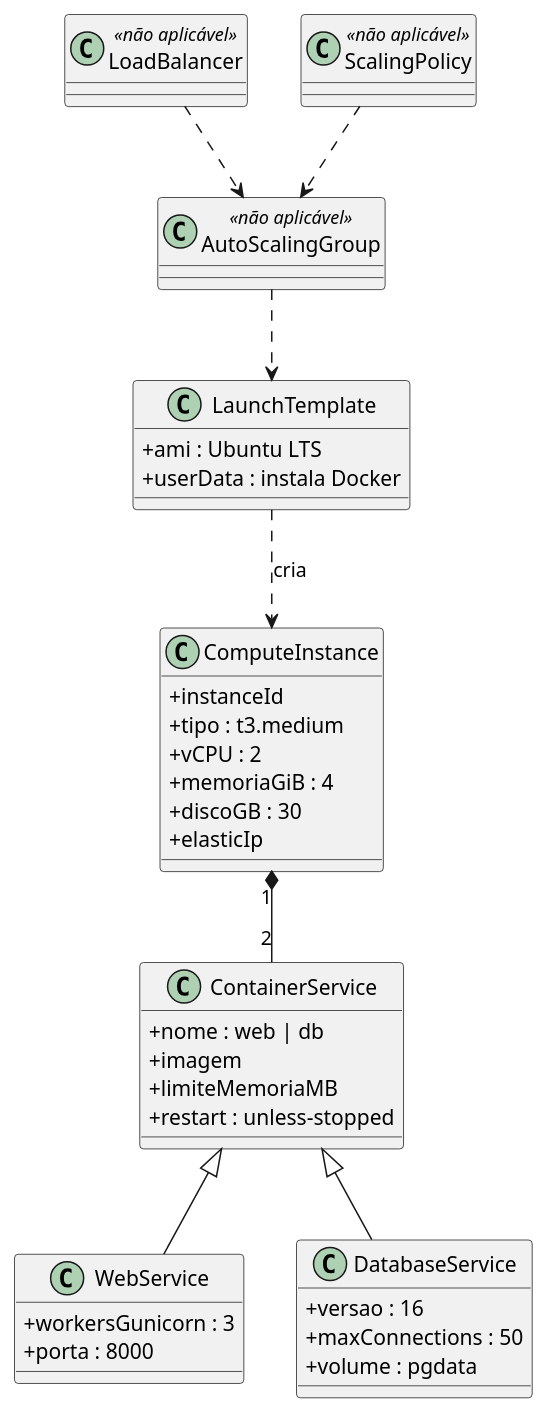
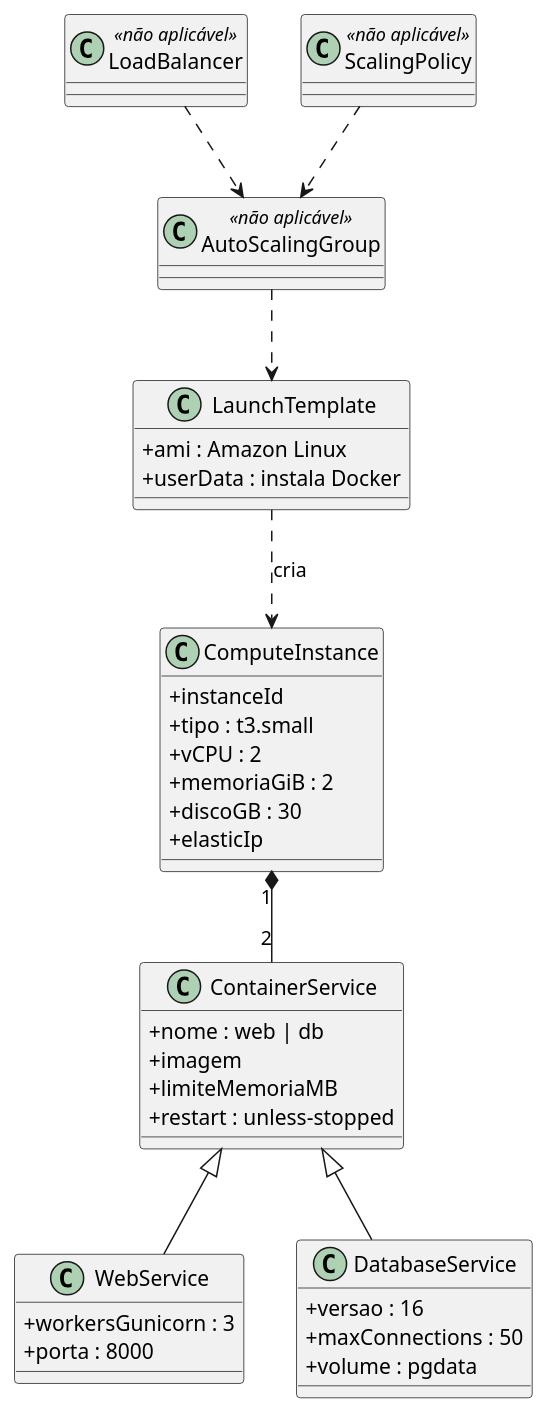
Before and after one commit to Projetos-de-Extensao/PC_ADS_26.2_8001_III: the diagram in docs/Elaboracao/dim_comp.md, drawn with PlantUML. The commit also changed other lines of this file and 9 other files, not shown here.

````diff
--- a/docs/Elaboracao/dim_comp.md
+++ b/docs/Elaboracao/dim_comp.md
@@ -55,43 +55,43 @@
 ```plantuml
 @startuml
 skinparam shadowing false
 skinparam classAttributeIconSize 0
 class ComputeInstance {
   +instanceId
-  +tipo : t3.medium
+  +tipo : t3.small
   +vCPU : 2
-  +memoriaGiB : 4
+  +memoriaGiB : 2
   +discoGB : 30
   +elasticIp
 }
 class ContainerService {
   +nome : web | db
   +imagem
   +limiteMemoriaMB
   +restart : unless-stopped
 }
 class WebService {
   +workersGunicorn : 3
   +porta : 8000
 }
 class DatabaseService {
   +versao : 16
   +maxConnections : 50
   +volume : pgdata
 }
 class LaunchTemplate {
-  +ami : Ubuntu LTS
+  +ami : Amazon Linux
   +userData : instala Docker
 }
 class AutoScalingGroup <<não aplicável>>
 class LoadBalancer <<não aplicável>>
 class ScalingPolicy <<não aplicável>>
 ComputeInstance "1" *-- "2" ContainerService
 ContainerService <|-- WebService
 ContainerService <|-- DatabaseService
 LaunchTemplate ..> ComputeInstance : cria
 AutoScalingGroup ..> LaunchTemplate
 LoadBalancer ..> AutoScalingGroup
 ScalingPolicy ..> AutoScalingGroup
 @enduml
 ```
````
